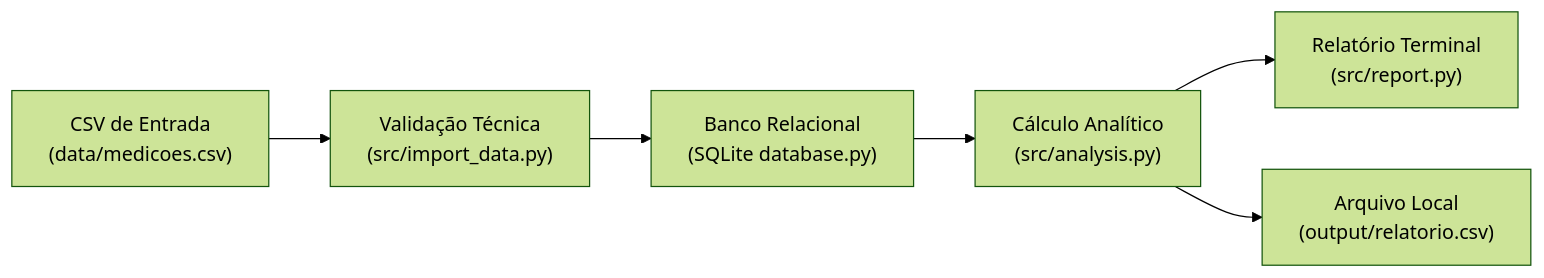
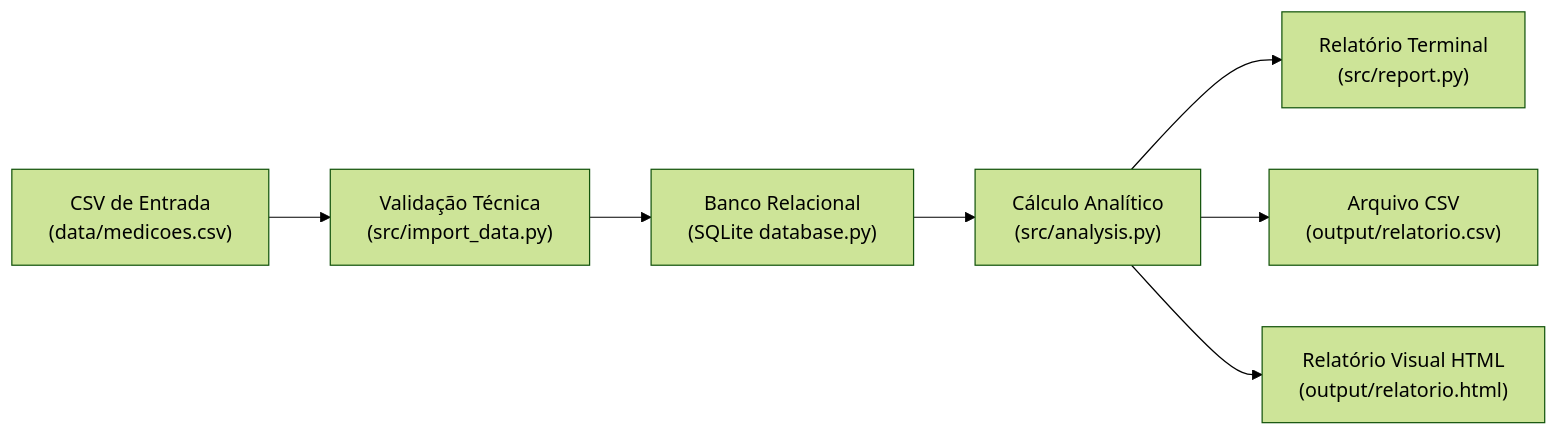
Before and after one commit to elycbarros/Power-Monitor: the diagram in README.md, drawn with Mermaid (forest theme). The commit also changed other lines of this file and 10 other files, not shown here.

Commit message:
feat: adiciona relatorio visual HTML estatico offline e alinhamento regulatorio REN 1000/2021

````diff
--- a/README.md
+++ b/README.md
@@ -68,8 +71,9 @@
 ```mermaid
 flowchart LR
     A["CSV de Entrada<br/>(data/medicoes.csv)"] --> B["Validação Técnica<br/>(src/import_data.py)"]
     B --> C["Banco Relacional<br/>(SQLite database.py)"]
     C --> D["Cálculo Analítico<br/>(src/analysis.py)"]
     D --> E["Relatório Terminal<br/>(src/report.py)"]
-    D --> F["Arquivo Local<br/>(output/relatorio.csv)"]
+    D --> F["Arquivo CSV<br/>(output/relatorio.csv)"]
+    D --> G["Relatório Visual HTML<br/>(output/relatorio.html)"]
 ```
````
